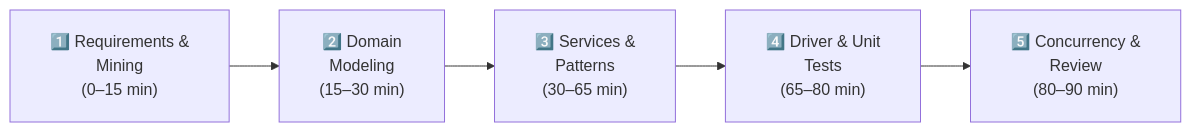
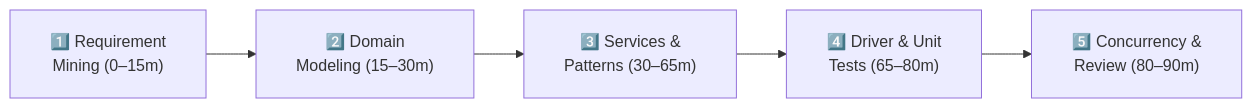
One commit to dip4k/DSA_102 changed the second of 3 diagrams in LLD/00_Core_Concepts/06_Interview_Execution_Framework.md. Above: the diagram before and after it, drawn with Mermaid. The commit also changed other lines of this file and 50 other files, not shown here.

````diff
--- a/LLD/00_Core_Concepts/06_Interview_Execution_Framework.md
+++ b/LLD/00_Core_Concepts/06_Interview_Execution_Framework.md
@@ -74,8 +46,8 @@
 ```mermaid
 %%{init: {"flowchart": {"htmlLabels": true, "padding": 20}, "themeCSS": "foreignObject { overflow: visible !important; }"}}%%
 flowchart LR
-    M1["1️⃣ Requirements &<br/>Mining<br/>(0–15 min)"] --> M2["2️⃣ Domain<br/>Modeling<br/>(15–30 min)"]
-    M2 --> M3["3️⃣ Services &<br/>Patterns<br/>(30–65 min)"]
-    M3 --> M4["4️⃣ Driver & Unit<br/>Tests<br/>(65–80 min)"]
-    M4 --> M5["5️⃣ Concurrency &<br/>Review<br/>(80–90 min)"]
+    M1["1️⃣ Requirement<br/>Mining (0–15m)"] --> M2["2️⃣ Domain<br/>Modeling (15–30m)"]
+    M2 --> M3["3️⃣ Services &<br/>Patterns (30–65m)"]
+    M3 --> M4["4️⃣ Driver & Unit<br/>Tests (65–80m)"]
+    M4 --> M5["5️⃣ Concurrency &<br/>Review (80–90m)"]
 ```
````
